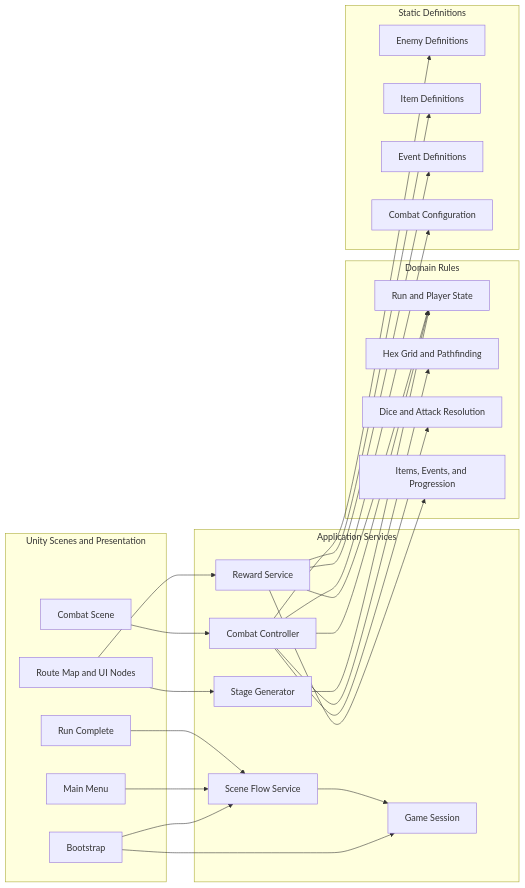
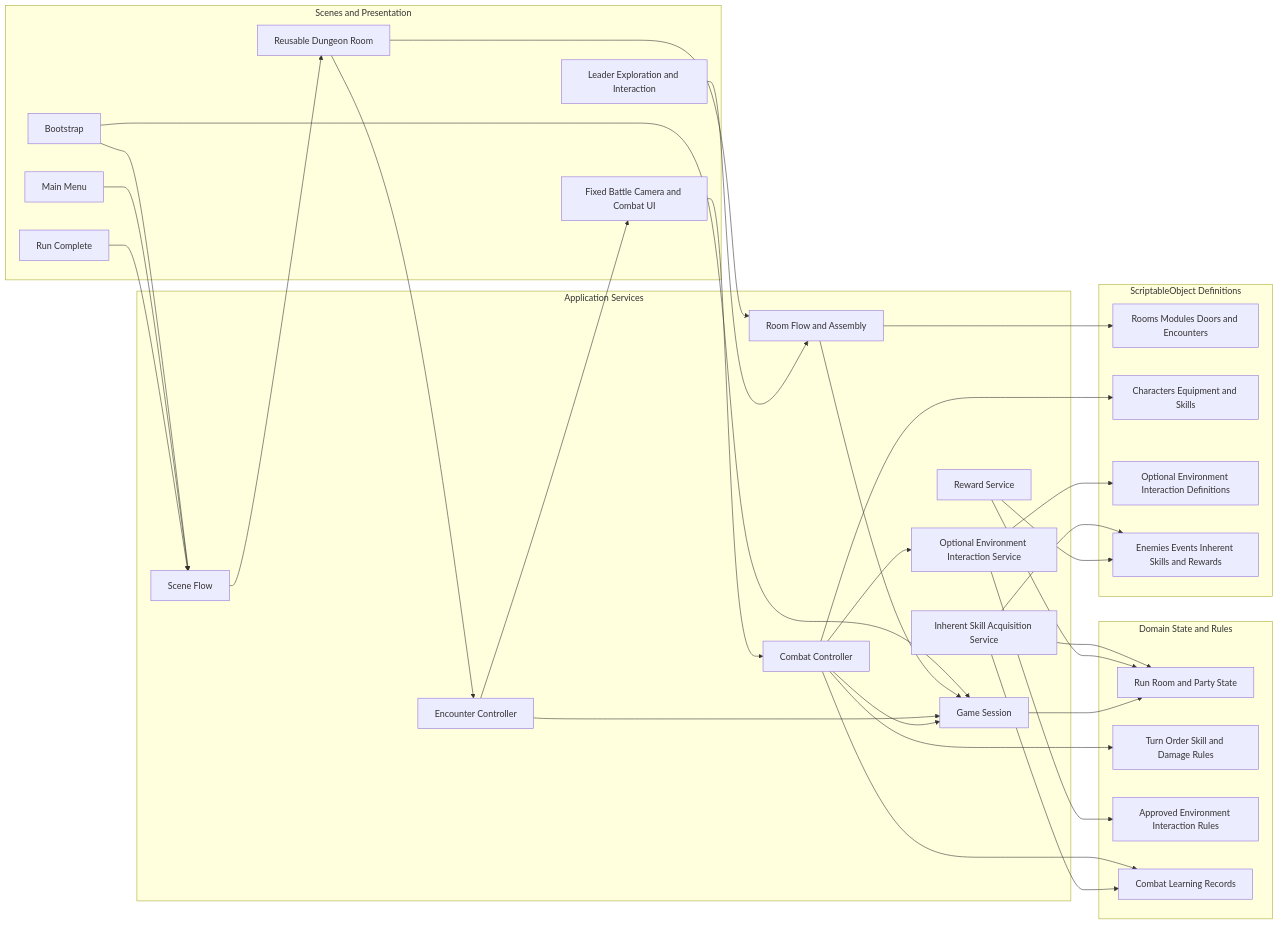
The diagram in Docs/MVP/Unity_Technical_Architecture.mmd (ctanne14-sudo/SER_494_GameProject), drawn with Mermaid before and after one commit. The commit also changed 26 other files, not shown here.

```diff
--- a/Docs/MVP/Unity_Technical_Architecture.mmd
+++ b/Docs/MVP/Unity_Technical_Architecture.mmd
@@ -1,51 +1,61 @@
 flowchart LR
-    subgraph Scenes[Unity Scenes and Presentation]
+    subgraph Presentation[Scenes and Presentation]
         Bootstrap[Bootstrap]
         MainMenu[Main Menu]
-        RouteMap[Route Map and UI Nodes]
-        CombatScene[Combat Scene]
+        DungeonRoom[Reusable Dungeon Room]
+        Exploration[Leader Exploration and Interaction]
+        BattleView[Fixed Battle Camera and Combat UI]
         Complete[Run Complete]
     end
 
     subgraph Application[Application Services]
         Session[Game Session]
-        SceneFlow[Scene Flow Service]
-        StageGenerator[Stage Generator]
-        CombatController[Combat Controller]
-        RewardService[Reward Service]
+        SceneFlow[Scene Flow]
+        RoomFlow[Room Flow and Assembly]
+        Encounter[Encounter Controller]
+        Combat[Combat Controller]
+        Environment[Optional Environment Interaction Service]
+        InherentSkills[Inherent Skill Acquisition Service]
+        Rewards[Reward Service]
     end
 
-    subgraph Domain[Domain Rules]
-        RunState[Run and Player State]
-        HexGrid[Hex Grid and Pathfinding]
-        Dice[Dice and Attack Resolution]
-        Progression[Items, Events, and Progression]
+    subgraph Domain[Domain State and Rules]
+        RunState[Run Room and Party State]
+        TurnRules[Turn Order Skill and Damage Rules]
+        EnvironmentRules[Approved Environment Interaction Rules]
+        Learning[Combat Learning Records]
     end
 
-    subgraph Data[Static Definitions]
-        EnemyData[Enemy Definitions]
-        ItemData[Item Definitions]
-        EventData[Event Definitions]
-        Config[Combat Configuration]
+    subgraph Data[ScriptableObject Definitions]
+        RoomData[Rooms Modules Doors and Encounters]
+        CharacterData[Characters Equipment and Skills]
+        EnvironmentData[Optional Environment Interaction Definitions]
+        ContentData[Enemies Events Inherent Skills and Rewards]
     end
 
     Bootstrap --> Session
     Bootstrap --> SceneFlow
     MainMenu --> SceneFlow
-    RouteMap --> StageGenerator
-    RouteMap --> RewardService
-    CombatScene --> CombatController
+    SceneFlow --> DungeonRoom
+    DungeonRoom --> RoomFlow
+    Exploration --> RoomFlow
+    DungeonRoom --> Encounter
+    Encounter --> BattleView
+    BattleView --> Combat
     Complete --> SceneFlow
-
-    SceneFlow --> Session
-    StageGenerator --> RunState
-    CombatController --> RunState
-    CombatController --> HexGrid
-    CombatController --> Dice
-    RewardService --> Progression
-    RewardService --> RunState
-
-    CombatController --> EnemyData
-    RewardService --> ItemData
-    RewardService --> EventData
-    CombatController --> Config
+    RoomFlow --> Session
+    Encounter --> Session
+    Combat --> Session
+    Combat --> TurnRules
+    Combat --> Environment
+    Environment --> EnvironmentRules
+    Combat --> Learning
+    InherentSkills --> Learning
+    InherentSkills --> RunState
+    Rewards --> RunState
+    Session --> RunState
+    RoomFlow --> RoomData
+    Combat --> CharacterData
+    Environment --> EnvironmentData
+    InherentSkills --> ContentData
+    Rewards --> ContentData
```
